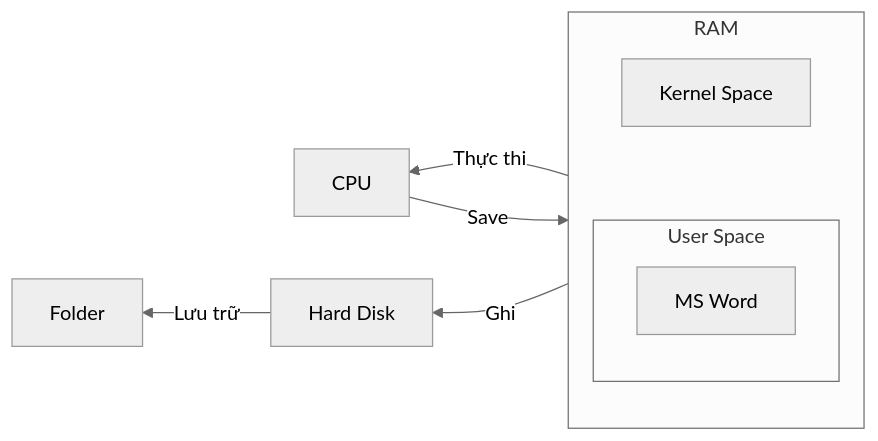
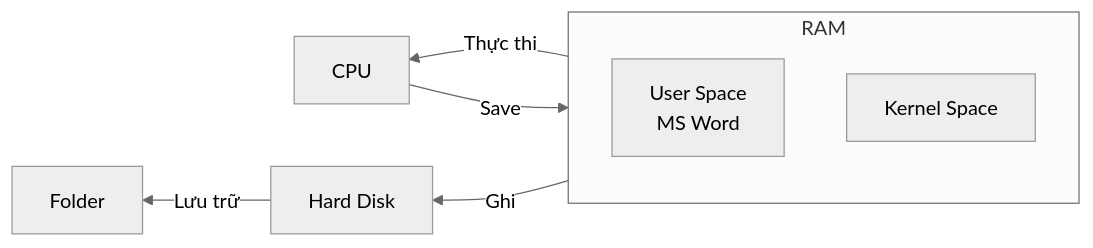
Before and after one commit to Duc-Lee/LLMserving_GPUoptimization: the tenth of 10 diagrams in OperatingSystem/OS_scratch/Concepts_OS/Intro_OS/Lession4.md, drawn with Mermaid (neutral theme). The commit also changed other lines of this file, not shown here.

````diff
--- a/OperatingSystem/OS_scratch/Concepts_OS/Intro_OS/Lession4.md
+++ b/OperatingSystem/OS_scratch/Concepts_OS/Intro_OS/Lession4.md
@@ -237,17 +201,14 @@
 ```mermaid
 flowchart RL
     CPU["CPU"] -->|"Save"| US
     US -->|"Thực thi"| CPU
 
     subgraph RAM ["RAM"]
         direction TB
         KS["Kernel Space"]
-        subgraph US ["User Space"]
-            WORD["MS Word"]
-        end
-        KS ~~~ US
+        US["User Space<br/>MS Word"]
     end
 
-    WORD -->|"Ghi"| DISK["Hard Disk"]
+    US -->|"Ghi"| DISK["Hard Disk"]
     DISK -->|"Lưu trữ"| FOLDER["Folder"]
 ```
````
